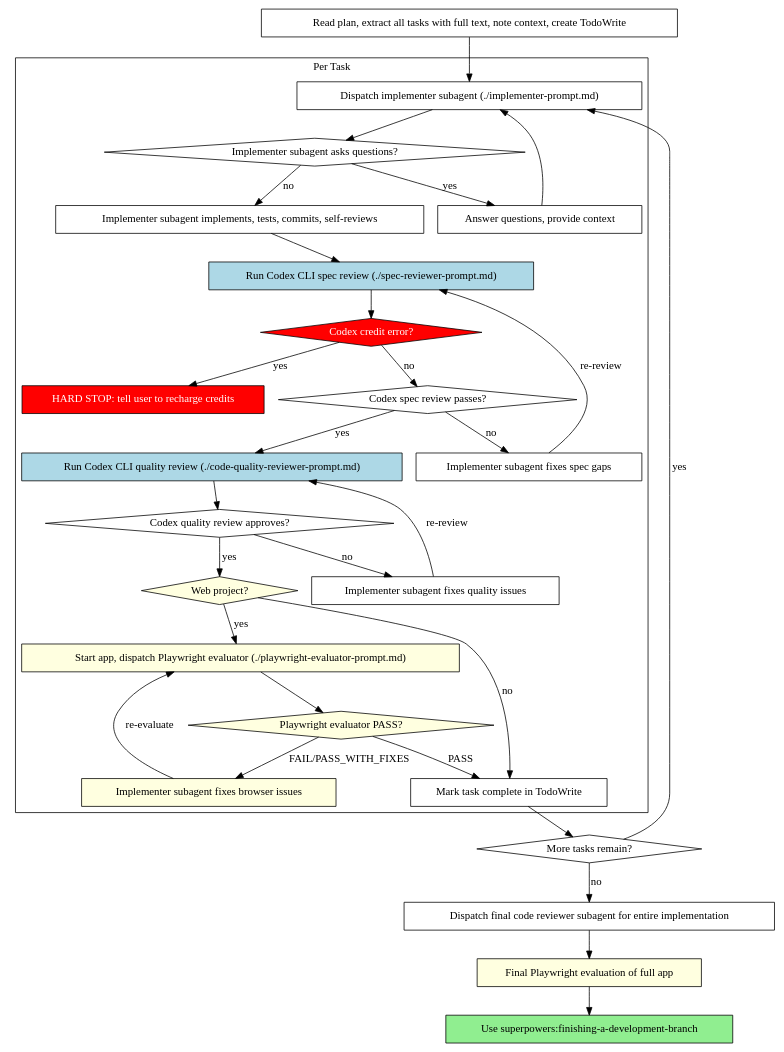
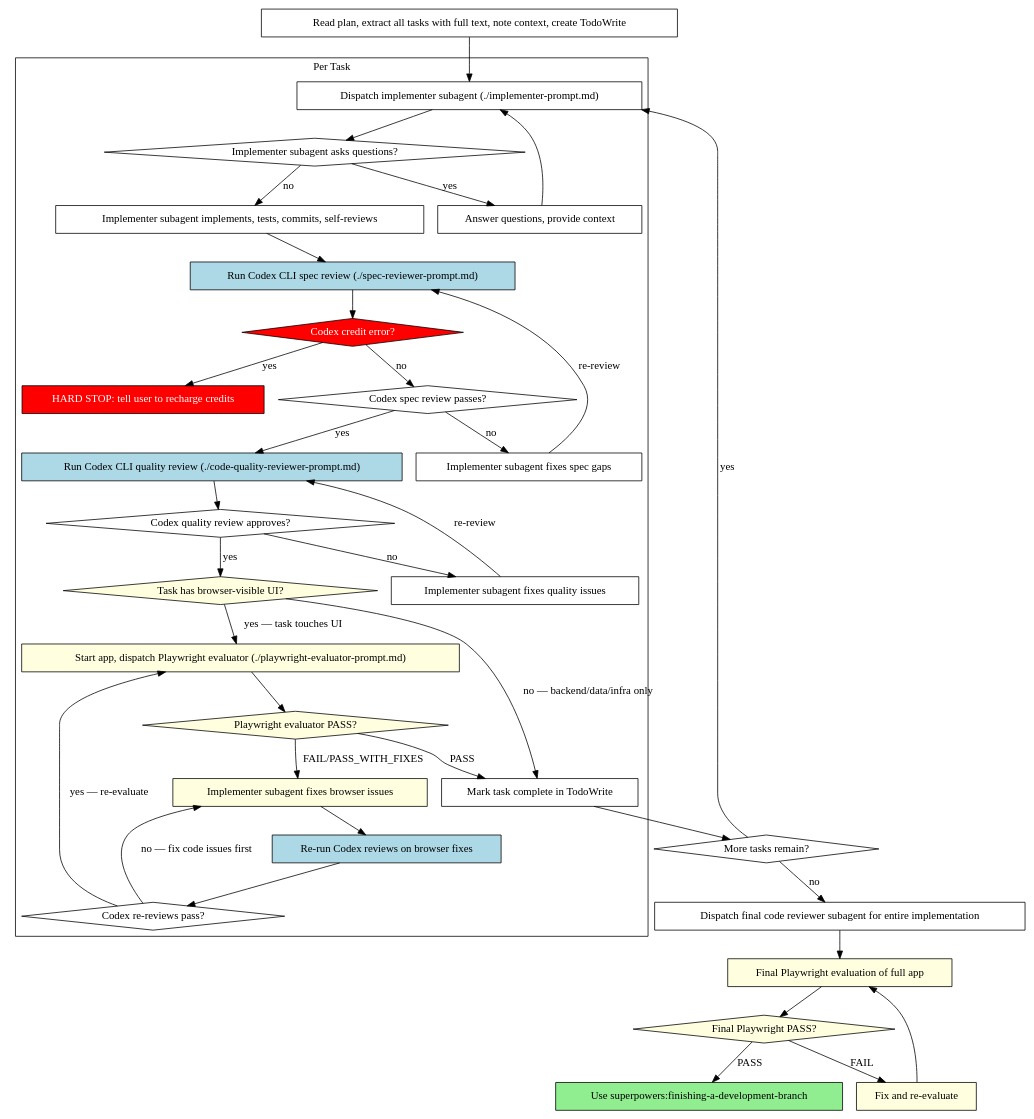
One commit to cateyelow/superpowers-custom changed the second of 2 diagrams in skills/subagent-driven-development/SKILL.md. Above: the diagram before and after it, drawn with Graphviz. The commit also changed other lines of this file and 7 other files, not shown here.

````diff
--- a/skills/subagent-driven-development/SKILL.md
+++ b/skills/subagent-driven-development/SKILL.md
@@ -46,60 +46,70 @@
 ```dot
 digraph process {
     rankdir=TB;
 
     subgraph cluster_per_task {
         label="Per Task";
         "Dispatch implementer subagent (./implementer-prompt.md)" [shape=box];
         "Implementer subagent asks questions?" [shape=diamond];
         "Answer questions, provide context" [shape=box];
         "Implementer subagent implements, tests, commits, self-reviews" [shape=box];
         "Run Codex CLI spec review (./spec-reviewer-prompt.md)" [shape=box style=filled fillcolor=lightblue];
         "Codex spec review passes?" [shape=diamond];
         "Codex credit error?" [shape=diamond style=filled fillcolor=red fontcolor=white];
         "HARD STOP: tell user to recharge credits" [shape=box style=filled fillcolor=red fontcolor=white];
         "Implementer subagent fixes spec gaps" [shape=box];
         "Run Codex CLI quality review (./code-quality-reviewer-prompt.md)" [shape=box style=filled fillcolor=lightblue];
         "Codex quality review approves?" [shape=diamond];
         "Implementer subagent fixes quality issues" [shape=box];
-        "Web project?" [shape=diamond style=filled fillcolor=lightyellow];
+        "Task has browser-visible UI?" [shape=diamond style=filled fillcolor=lightyellow];
         "Start app, dispatch Playwright evaluator (./playwright-evaluator-prompt.md)" [shape=box style=filled fillcolor=lightyellow];
         "Playwright evaluator PASS?" [shape=diamond style=filled fillcolor=lightyellow];
         "Implementer subagent fixes browser issues" [shape=box style=filled fillcolor=lightyellow];
+        "Re-run Codex reviews on browser fixes" [shape=box style=filled fillcolor=lightblue];
+        "Codex re-reviews pass?" [shape=diamond];
         "Mark task complete in TodoWrite" [shape=box];
     }
 
     "Read plan, extract all tasks with full text, note context, create TodoWrite" [shape=box];
     "More tasks remain?" [shape=diamond];
     "Dispatch final code reviewer subagent for entire implementation" [shape=box];
     "Final Playwright evaluation of full app" [shape=box style=filled fillcolor=lightyellow];
+    "Final Playwright PASS?" [shape=diamond style=filled fillcolor=lightyellow];
+    "Fix and re-evaluate" [shape=box style=filled fillcolor=lightyellow];
     "Use superpowers:finishing-a-development-branch" [shape=box style=filled fillcolor=lightgreen];
 
     "Read plan, extract all tasks with full text, note context, create TodoWrite" -> "Dispatch implementer subagent (./implementer-prompt.md)";
     "Dispatch implementer subagent (./implementer-prompt.md)" -> "Implementer subagent asks questions?";
     "Implementer subagent asks questions?" -> "Answer questions, provide context" [label="yes"];
     "Answer questions, provide context" -> "Dispatch implementer subagent (./implementer-prompt.md)";
     "Implementer subagent asks questions?" -> "Implementer subagent implements, tests, commits, self-reviews" [label="no"];
     "Implementer subagent implements, tests, commits, self-reviews" -> "Run Codex CLI spec review (./spec-reviewer-prompt.md)";
     "Run Codex CLI spec review (./spec-reviewer-prompt.md)" -> "Codex credit error?";
     "Codex credit error?" -> "HARD STOP: tell user to recharge credits" [label="yes"];
     "Codex credit error?" -> "Codex spec review passes?" [label="no"];
     "Codex spec review passes?" -> "Implementer subagent fixes spec gaps" [label="no"];
     "Implementer subagent fixes spec gaps" -> "Run Codex CLI spec review (./spec-reviewer-prompt.md)" [label="re-review"];
     "Codex spec review passes?" -> "Run Codex CLI quality review (./code-quality-reviewer-prompt.md)" [label="yes"];
     "Run Codex CLI quality review (./code-quality-reviewer-prompt.md)" -> "Codex quality review approves?";
     "Codex quality review approves?" -> "Implementer subagent fixes quality issues" [label="no"];
     "Implementer subagent fixes quality issues" -> "Run Codex CLI quality review (./code-quality-reviewer-prompt.md)" [label="re-review"];
-    "Codex quality review approves?" -> "Web project?" [label="yes"];
-    "Web project?" -> "Start app, dispatch Playwright evaluator (./playwright-evaluator-prompt.md)" [label="yes"];
-    "Web project?" -> "Mark task complete in TodoWrite" [label="no"];
+    "Codex quality review approves?" -> "Task has browser-visible UI?" [label="yes"];
+    "Task has browser-visible UI?" -> "Start app, dispatch Playwright evaluator (./playwright-evaluator-prompt.md)" [label="yes — task touches UI"];
+    "Task has browser-visible UI?" -> "Mark task complete in TodoWrite" [label="no — backend/data/infra only"];
     "Start app, dispatch Playwright evaluator (./playwright-evaluator-prompt.md)" -> "Playwright evaluator PASS?";
     "Playwright evaluator PASS?" -> "Mark task complete in TodoWrite" [label="PASS"];
     "Playwright evaluator PASS?" -> "Implementer subagent fixes browser issues" [label="FAIL/PASS_WITH_FIXES"];
-    "Implementer subagent fixes browser issues" -> "Start app, dispatch Playwright evaluator (./playwright-evaluator-prompt.md)" [label="re-evaluate"];
+    "Implementer subagent fixes browser issues" -> "Re-run Codex reviews on browser fixes";
+    "Re-run Codex reviews on browser fixes" -> "Codex re-reviews pass?";
+    "Codex re-reviews pass?" -> "Start app, dispatch Playwright evaluator (./playwright-evaluator-prompt.md)" [label="yes — re-evaluate"];
+    "Codex re-reviews pass?" -> "Implementer subagent fixes browser issues" [label="no — fix code issues first"];
     "Mark task complete in TodoWrite" -> "More tasks remain?";
     "More tasks remain?" -> "Dispatch implementer subagent (./implementer-prompt.md)" [label="yes"];
     "More tasks remain?" -> "Dispatch final code reviewer subagent for entire implementation" [label="no"];
     "Dispatch final code reviewer subagent for entire implementation" -> "Final Playwright evaluation of full app";
-    "Final Playwright evaluation of full app" -> "Use superpowers:finishing-a-development-branch";
+    "Final Playwright evaluation of full app" -> "Final Playwright PASS?";
+    "Final Playwright PASS?" -> "Use superpowers:finishing-a-development-branch" [label="PASS"];
+    "Final Playwright PASS?" -> "Fix and re-evaluate" [label="FAIL"];
+    "Fix and re-evaluate" -> "Final Playwright evaluation of full app";
 }
 ```
````
